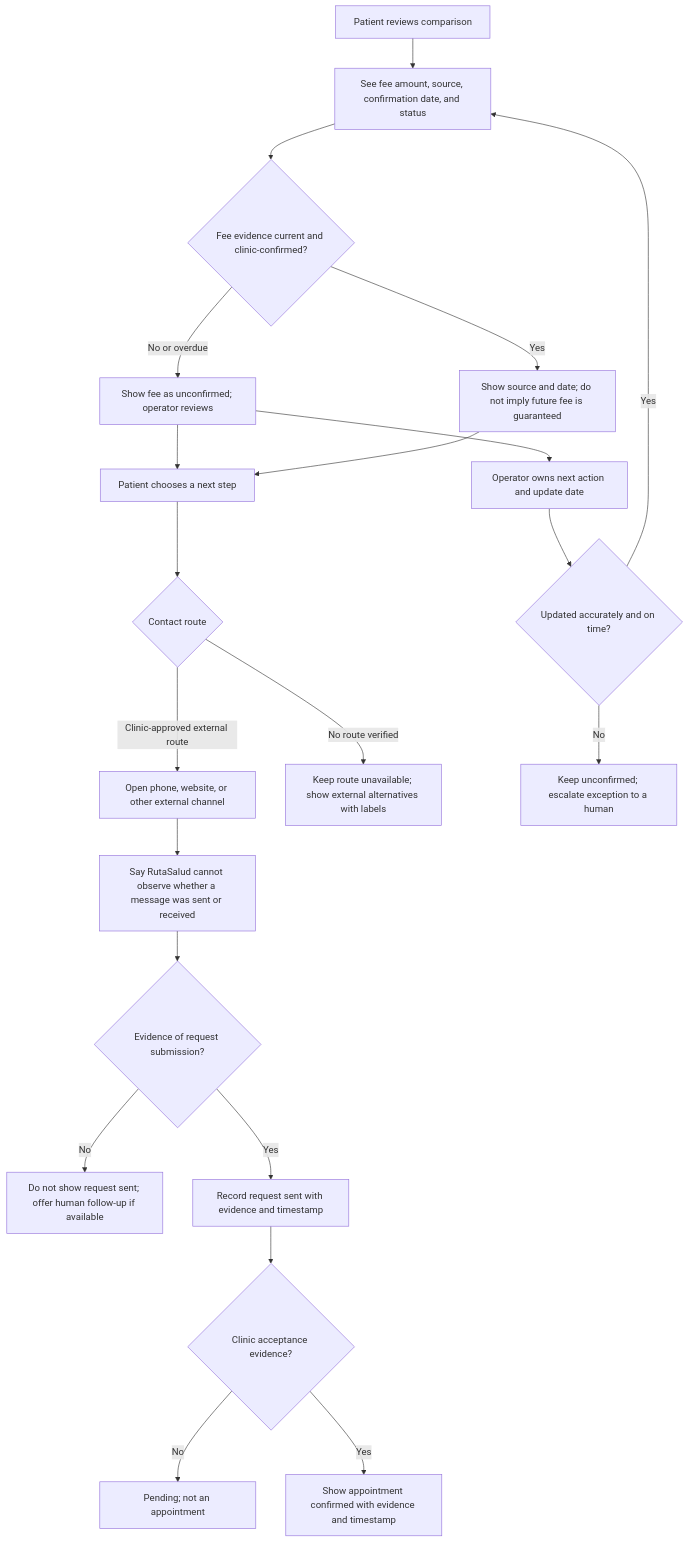
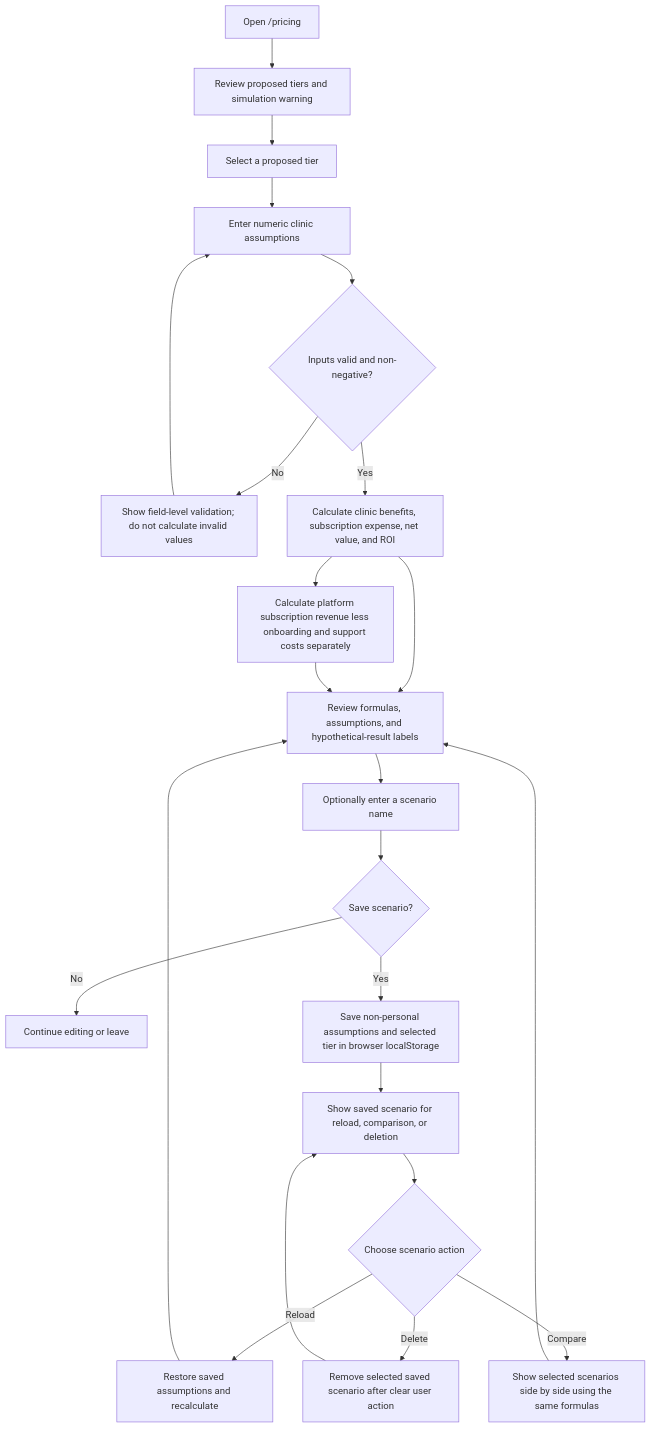
One commit to escotoinesbuilds-design/week12 changed the first of 2 diagrams in docs/PACKET.md. Above: the diagram before and after it, drawn with Mermaid. The commit also changed other lines of this file and 2 other files, not shown here.

First line of the commit message:
docs: finalize Week 14 pricing packet

````diff
--- a/docs/PACKET.md
+++ b/docs/PACKET.md
@@ -41,23 +27,25 @@
 ```mermaid
 flowchart TD
-    A[Patient reviews comparison] --> B[See fee amount, source, confirmation date, and status]
-    B --> C{Fee evidence current and clinic-confirmed?}
-    C -- No or overdue --> D[Show fee as unconfirmed; operator reviews]
-    C -- Yes --> E[Show source and date; do not imply future fee is guaranteed]
-    D --> F[Patient chooses a next step]
-    E --> F
-    F --> G{Contact route}
-    G -- Clinic-approved external route --> H[Open phone, website, or other external channel]
-    H --> I[Say RutaSalud cannot observe whether a message was sent or received]
-    G -- No route verified --> J[Keep route unavailable; show external alternatives with labels]
-    I --> K{Evidence of request submission?}
-    K -- No --> L[Do not show request sent; offer human follow-up if available]
-    K -- Yes --> M[Record request sent with evidence and timestamp]
-    M --> N{Clinic acceptance evidence?}
-    N -- No --> O[Pending; not an appointment]
-    N -- Yes --> P[Show appointment confirmed with evidence and timestamp]
-    D --> Q[Operator owns next action and update date]
-    Q --> R{Updated accurately and on time?}
-    R -- No --> S[Keep unconfirmed; escalate exception to a human]
-    R -- Yes --> B
+    A[Open /pricing] --> B[Review proposed tiers and simulation warning]
+    B --> C[Select a proposed tier]
+    C --> D[Enter numeric clinic assumptions]
+    D --> E{Inputs valid and non-negative?}
+    E -- No --> F[Show field-level validation; do not calculate invalid values]
+    F --> D
+    E -- Yes --> G[Calculate clinic benefits, subscription expense, net value, and ROI]
+    G --> H[Review formulas, assumptions, and hypothetical-result labels]
+    H --> I[Optionally enter a scenario name]
+    I --> J{Save scenario?}
+    J -- No --> K[Continue editing or leave]
+    J -- Yes --> L[Save non-personal assumptions and selected tier in browser localStorage]
+    L --> M[Show saved scenario for reload, comparison, or deletion]
+    M --> N{Choose scenario action}
+    N -- Reload --> O[Restore saved assumptions and recalculate]
+    N -- Compare --> P[Show selected scenarios side by side using the same formulas]
+    N -- Delete --> Q[Remove selected saved scenario after clear user action]
+    O --> H
+    P --> H
+    Q --> M
+    G --> R[Calculate platform subscription revenue less onboarding and support costs separately]
+    R --> H
 ```
````
